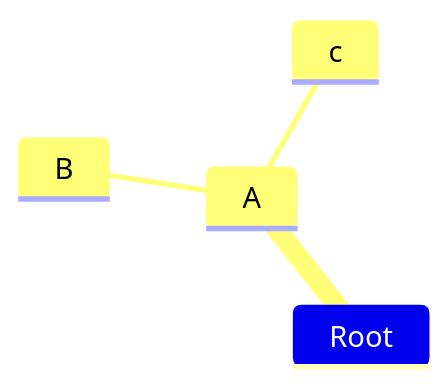
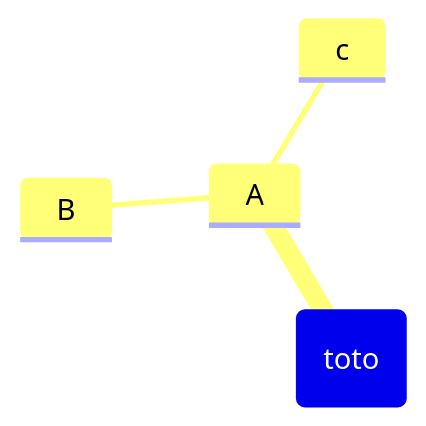
Before and after one commit to securitylab-repository/TPS-IA: the diagram in README.md, drawn with Mermaid.

````diff
--- a/README.md
+++ b/README.md
@@ -2,8 +2,8 @@
 ```mermaid
 mindmap
-    Root
+    Root(toto)
         A
             B
             c
             
- ```
+```
````
